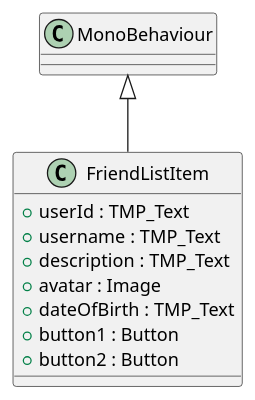
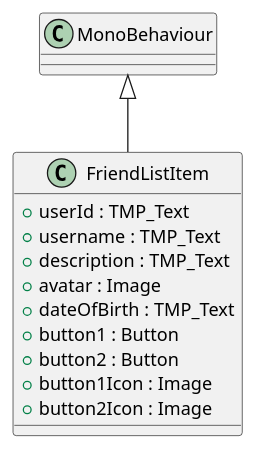
The diagram in src/Assets/Scripts/Core/FriendModule/puml/View/FriendListItem.puml (cutehusky/VirtualChat3D), drawn with PlantUML before and after one commit. The commit also changed 71 other files, not shown here.

First line of the commit message:
Update class diagram generation

```diff
--- a/src/Assets/Scripts/Core/FriendModule/puml/View/FriendListItem.puml
+++ b/src/Assets/Scripts/Core/FriendModule/puml/View/FriendListItem.puml
@@ -1,12 +1,14 @@
 @startuml
 class FriendListItem {
     + userId : TMP_Text
     + username : TMP_Text
     + description : TMP_Text
     + avatar : Image
     + dateOfBirth : TMP_Text
     + button1 : Button
     + button2 : Button
+    + button1Icon : Image
+    + button2Icon : Image
 }
 MonoBehaviour <|-- FriendListItem
 @enduml
```
